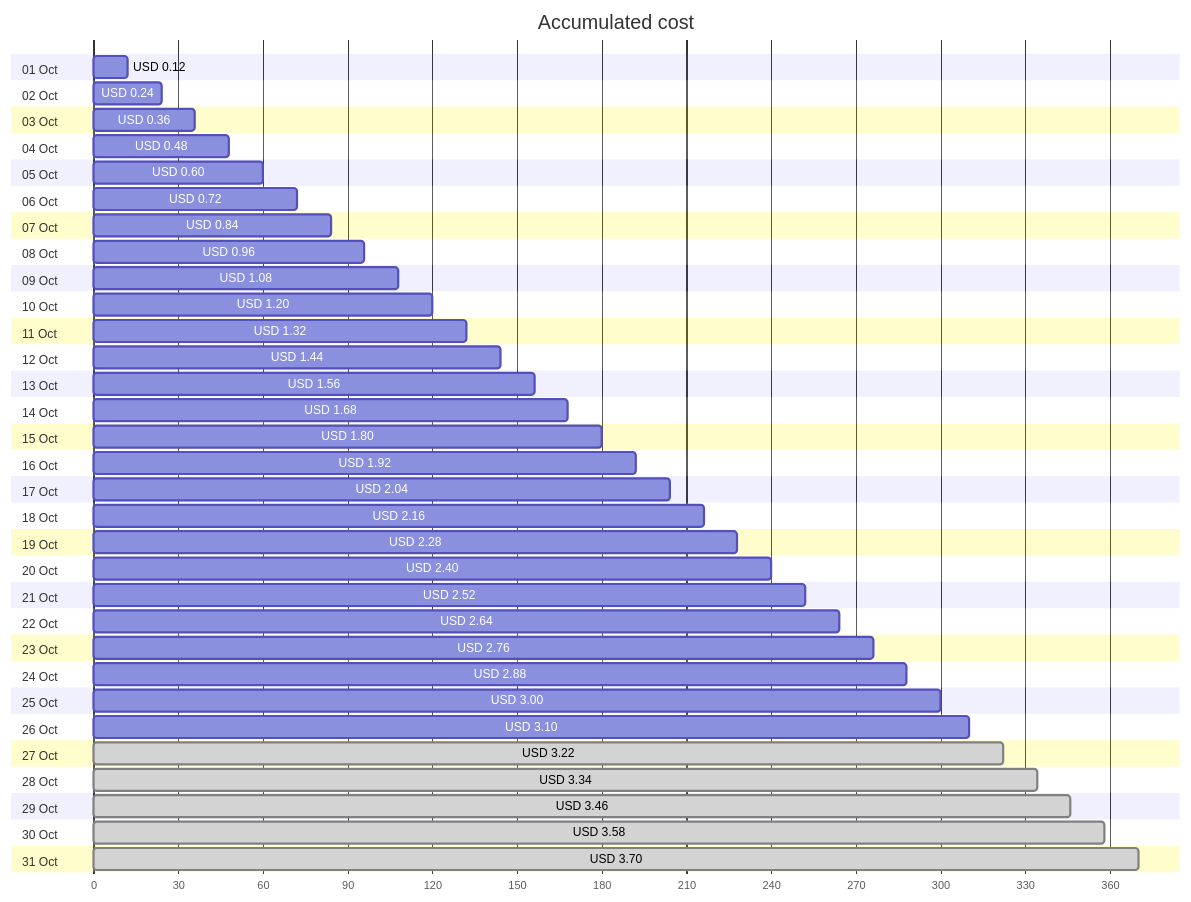
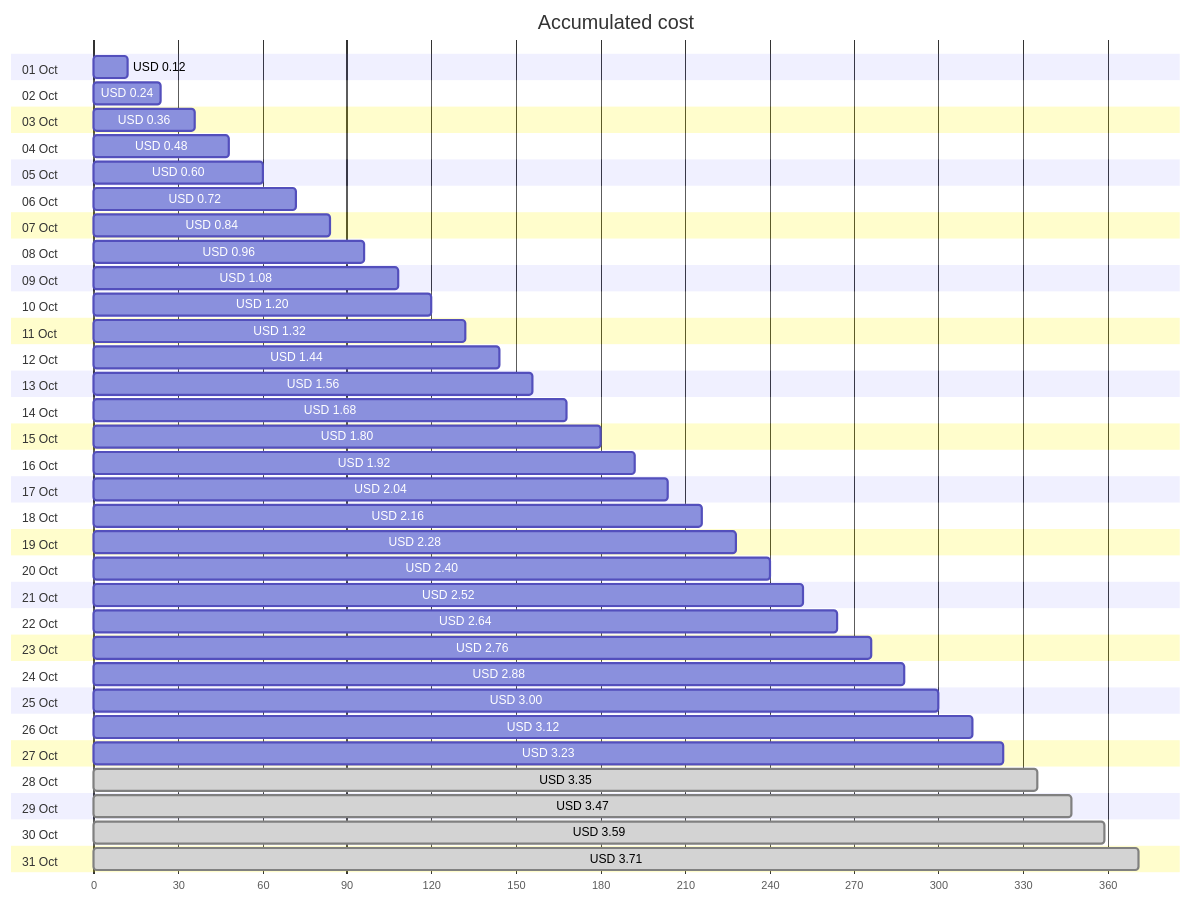
Before and after one commit to jpfulton/azure-personal-reports: the first of 4 diagrams in cost-reports/personal-network/backup-server-public-ip.md, drawn with Mermaid. The commit also changed other lines of this file and 8 other files, not shown here.

````diff
--- a/cost-reports/personal-network/backup-server-public-ip.md
+++ b/cost-reports/personal-network/backup-server-public-ip.md
@@ -20,68 +20,68 @@
 ```mermaid
 gantt
    title Accumulated cost
    dateFormat  X
    axisFormat %s
    section 01 Oct
    USD 0.12 :0, 12
    section 02 Oct
    USD 0.24 :0, 24
    section 03 Oct
    USD 0.36 :0, 36
    section 04 Oct
    USD 0.48 :0, 48
    section 05 Oct
    USD 0.60 :0, 60
    section 06 Oct
    USD 0.72 :0, 72
    section 07 Oct
    USD 0.84 :0, 84
    section 08 Oct
    USD 0.96 :0, 96
    section 09 Oct
    USD 1.08 :0, 108
    section 10 Oct
    USD 1.20 :0, 120
    section 11 Oct
    USD 1.32 :0, 132
    section 12 Oct
    USD 1.44 :0, 144
    section 13 Oct
    USD 1.56 :0, 156
    section 14 Oct
    USD 1.68 :0, 168
    section 15 Oct
    USD 1.80 :0, 180
    section 16 Oct
    USD 1.92 :0, 192
    section 17 Oct
    USD 2.04 :0, 204
    section 18 Oct
    USD 2.16 :0, 216
    section 19 Oct
    USD 2.28 :0, 228
    section 20 Oct
    USD 2.40 :0, 240
    section 21 Oct
    USD 2.52 :0, 252
    section 22 Oct
    USD 2.64 :0, 264
    section 23 Oct
    USD 2.76 :0, 276
    section 24 Oct
    USD 2.88 :0, 288
    section 25 Oct
    USD 3.00 :0, 300
    section 26 Oct
-   USD 3.10 :0, 310
+   USD 3.12 :0, 312
    section 27 Oct
-   USD 3.22 : done, 0, 322
+   USD 3.23 :0, 323
    section 28 Oct
-   USD 3.34 : done, 0, 334
+   USD 3.35 : done, 0, 335
    section 29 Oct
-   USD 3.46 : done, 0, 346
+   USD 3.47 : done, 0, 347
    section 30 Oct
-   USD 3.58 : done, 0, 358
+   USD 3.59 : done, 0, 359
    section 31 Oct
-   USD 3.70 : done, 0, 370
+   USD 3.71 : done, 0, 371
 ```
````
